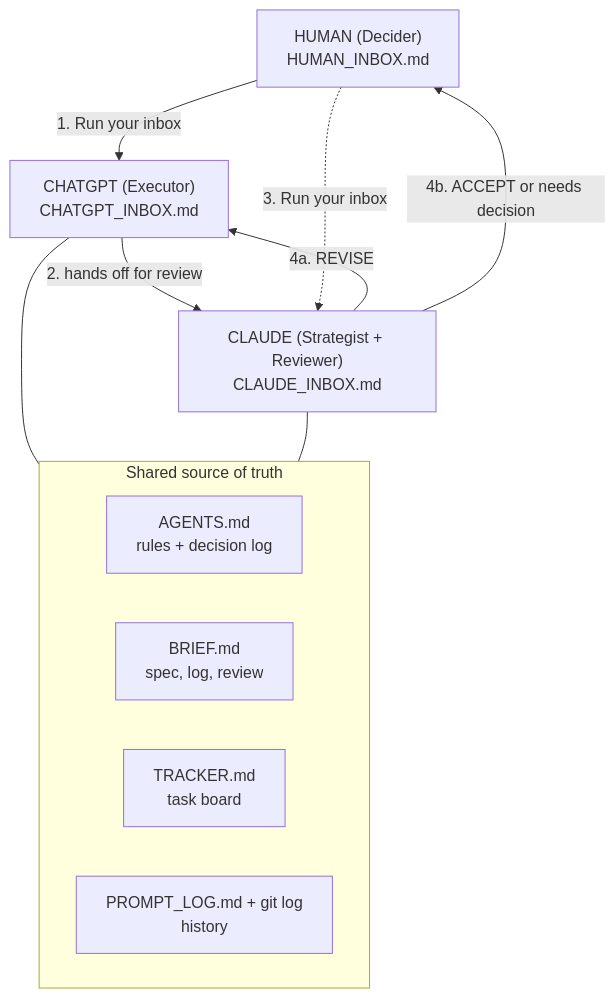
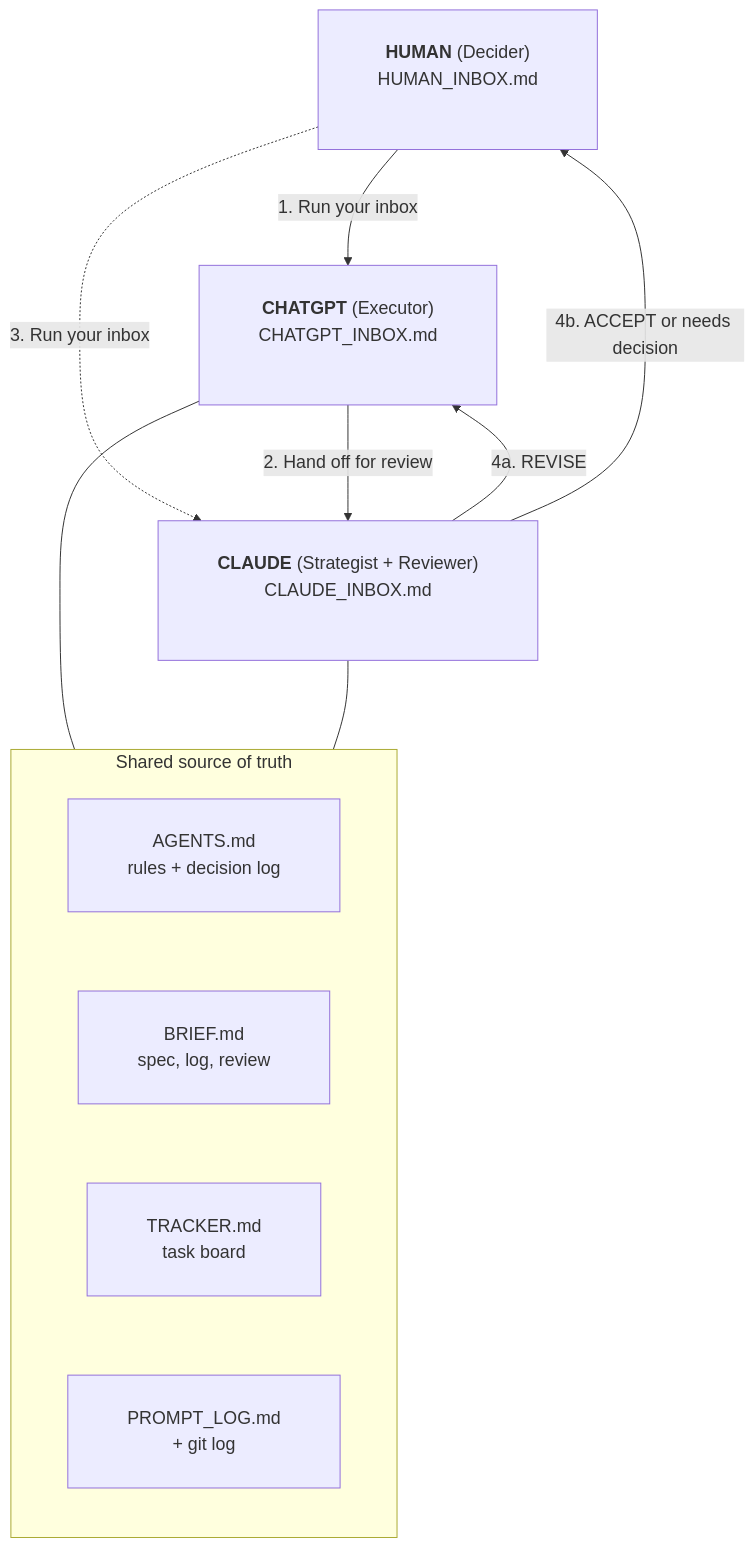
The diagram in README.md (dymasius12/multi-agent-framework), drawn with Mermaid before and after one commit. The commit also changed other lines of this file, not shown here.

Commit message:
Fix clipped boxes in Mermaid diagram

````diff
--- a/README.md
+++ b/README.md
@@ -34,19 +34,21 @@
 ```mermaid
+%%{init: {"flowchart": {"padding": 30, "nodeSpacing": 80, "rankSpacing": 90, "htmlLabels": true, "wrappingWidth": 300}, "themeVariables": {"fontSize": "18px"}}}%%
 flowchart TD
-    H["HUMAN (Decider)<br/>HUMAN_INBOX.md"]
-    G["CHATGPT (Executor)<br/>CHATGPT_INBOX.md"]
-    C["CLAUDE (Strategist + Reviewer)<br/>CLAUDE_INBOX.md"]
+    H["<b>HUMAN</b> (Decider)<br/>HUMAN_INBOX.md<br/>&nbsp;"]
+    G["<b>CHATGPT</b> (Executor)<br/>CHATGPT_INBOX.md<br/>&nbsp;"]
+    C["<b>CLAUDE</b> (Strategist + Reviewer)<br/>CLAUDE_INBOX.md<br/>&nbsp;"]
     H -->|"1. Run your inbox"| G
-    G -->|"2. hands off for review"| C
     H -.->|"3. Run your inbox"| C
+    G -->|"2. Hand off for review"| C
     C -->|"4a. REVISE"| G
     C -->|"4b. ACCEPT or needs decision"| H
     subgraph F["Shared source of truth"]
+        direction LR
         A["AGENTS.md<br/>rules + decision log"]
         B["BRIEF.md<br/>spec, log, review"]
         T["TRACKER.md<br/>task board"]
-        L["PROMPT_LOG.md + git log<br/>history"]
+        L["PROMPT_LOG.md<br/>+ git log"]
     end
     G --- F
     C --- F
 ```
````
